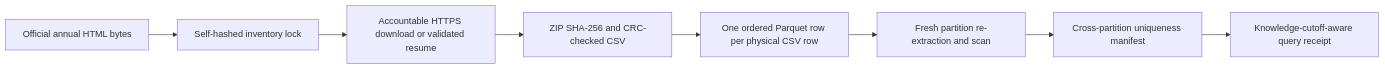
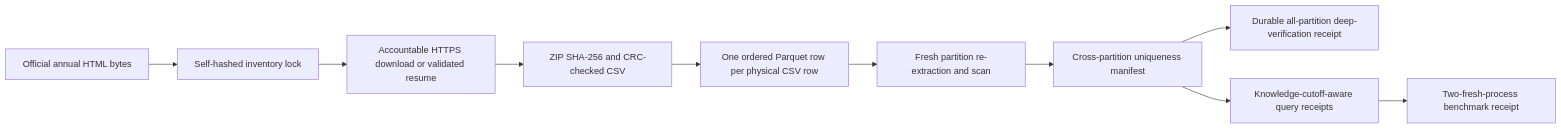
The diagram in docs/scale/sec-edgar-log-lake.md (limingrui679-design/finreplay-os), drawn with Mermaid before and after one commit. The commit also changed other lines of this file and 98 other files, not shown here.

````diff
--- a/docs/scale/sec-edgar-log-lake.md
+++ b/docs/scale/sec-edgar-log-lake.md
@@ -51,10 +53,12 @@
 ```mermaid
 flowchart LR
     A[Official annual HTML bytes] --> B[Self-hashed inventory lock]
     B --> C[Accountable HTTPS download or validated resume]
     C --> D[ZIP SHA-256 and CRC-checked CSV]
     D --> E[One ordered Parquet row per physical CSV row]
     E --> F[Fresh partition re-extraction and scan]
     F --> G[Cross-partition uniqueness manifest]
-    G --> H[Knowledge-cutoff-aware query receipt]
+    G --> H[Durable all-partition deep-verification receipt]
+    G --> I[Knowledge-cutoff-aware query receipts]
+    I --> J[Two-fresh-process benchmark receipt]
 ```
````
